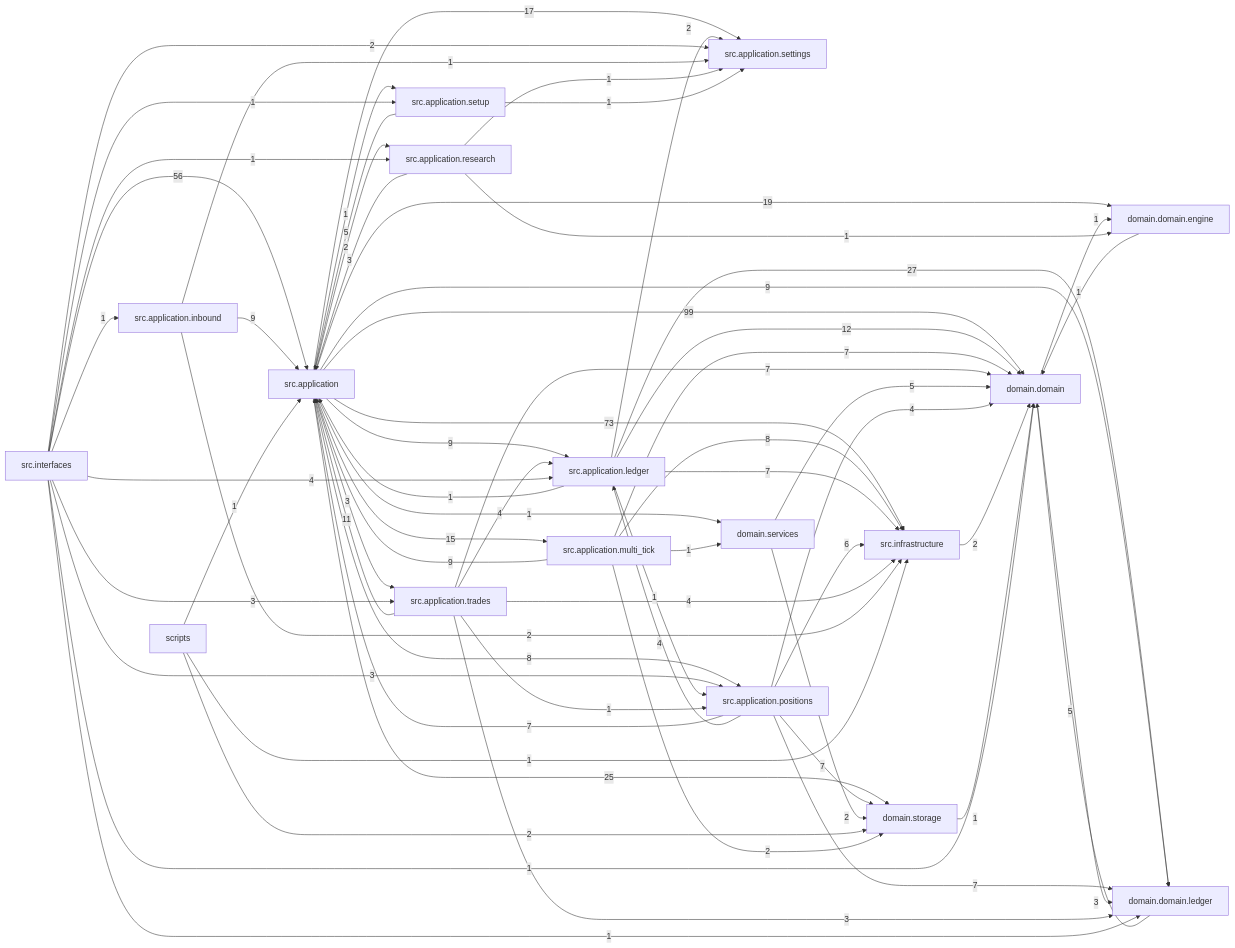
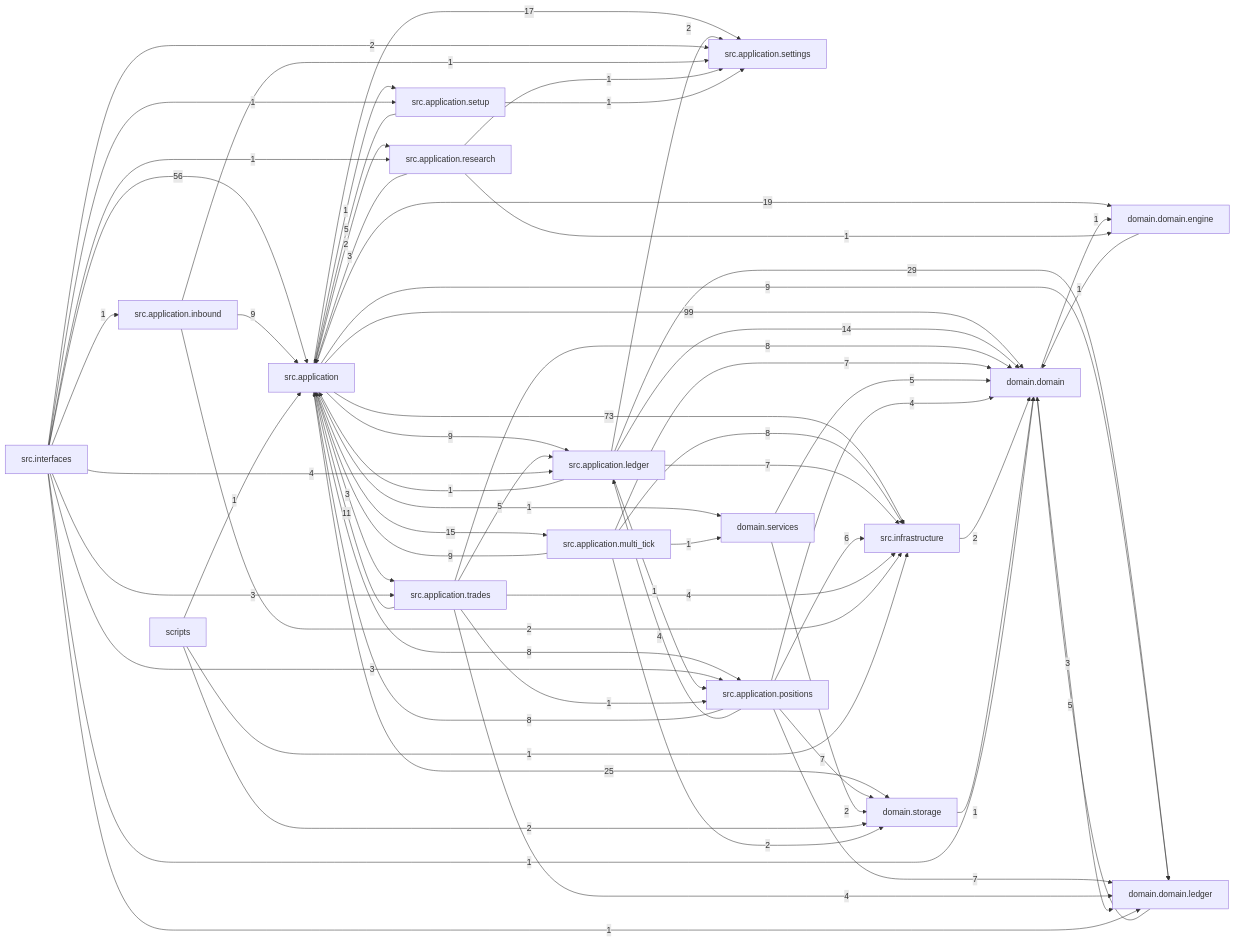
Before and after one commit to liuxie066/options-monitor: the diagram in docs/dependency_graph.mmd, drawn with Mermaid. The commit also changed 24 other files, not shown here.

```diff
--- a/docs/dependency_graph.mmd
+++ b/docs/dependency_graph.mmd
@@ -1,66 +1,66 @@
 flowchart LR
   src_application["src.application"] -->|99| domain_domain["domain.domain"]
   src_application["src.application"] -->|73| src_infrastructure["src.infrastructure"]
   src_interfaces["src.interfaces"] -->|56| src_application["src.application"]
-  src_application_ledger["src.application.ledger"] -->|27| domain_domain_ledger["domain.domain.ledger"]
+  src_application_ledger["src.application.ledger"] -->|29| domain_domain_ledger["domain.domain.ledger"]
   src_application["src.application"] -->|25| domain_storage["domain.storage"]
   src_application["src.application"] -->|19| domain_domain_engine["domain.domain.engine"]
   src_application["src.application"] -->|17| src_application_settings["src.application.settings"]
   src_application["src.application"] -->|15| src_application_multi_tick["src.application.multi_tick"]
-  src_application_ledger["src.application.ledger"] -->|12| domain_domain["domain.domain"]
+  src_application_ledger["src.application.ledger"] -->|14| domain_domain["domain.domain"]
   src_application_trades["src.application.trades"] -->|11| src_application["src.application"]
   src_application["src.application"] -->|9| domain_domain_ledger["domain.domain.ledger"]
   src_application["src.application"] -->|9| src_application_ledger["src.application.ledger"]
   src_application_inbound["src.application.inbound"] -->|9| src_application["src.application"]
   src_application_multi_tick["src.application.multi_tick"] -->|9| src_application["src.application"]
   src_application["src.application"] -->|8| src_application_positions["src.application.positions"]
   src_application_multi_tick["src.application.multi_tick"] -->|8| src_infrastructure["src.infrastructure"]
+  src_application_positions["src.application.positions"] -->|8| src_application["src.application"]
+  src_application_trades["src.application.trades"] -->|8| domain_domain["domain.domain"]
   src_application_ledger["src.application.ledger"] -->|7| src_infrastructure["src.infrastructure"]
   src_application_multi_tick["src.application.multi_tick"] -->|7| domain_domain["domain.domain"]
   src_application_positions["src.application.positions"] -->|7| domain_domain_ledger["domain.domain.ledger"]
   src_application_positions["src.application.positions"] -->|7| domain_storage["domain.storage"]
-  src_application_positions["src.application.positions"] -->|7| src_application["src.application"]
-  src_application_trades["src.application.trades"] -->|7| domain_domain["domain.domain"]
   src_application_positions["src.application.positions"] -->|6| src_infrastructure["src.infrastructure"]
   domain_domain_ledger["domain.domain.ledger"] -->|5| domain_domain["domain.domain"]
   domain_services["domain.services"] -->|5| domain_domain["domain.domain"]
   src_application_setup["src.application.setup"] -->|5| src_application["src.application"]
+  src_application_trades["src.application.trades"] -->|5| src_application_ledger["src.application.ledger"]
   src_application_positions["src.application.positions"] -->|4| domain_domain["domain.domain"]
   src_application_positions["src.application.positions"] -->|4| src_application_ledger["src.application.ledger"]
-  src_application_trades["src.application.trades"] -->|4| src_application_ledger["src.application.ledger"]
+  src_application_trades["src.application.trades"] -->|4| domain_domain_ledger["domain.domain.ledger"]
   src_application_trades["src.application.trades"] -->|4| src_infrastructure["src.infrastructure"]
   src_interfaces["src.interfaces"] -->|4| src_application_ledger["src.application.ledger"]
   domain_domain["domain.domain"] -->|3| domain_domain_ledger["domain.domain.ledger"]
   src_application["src.application"] -->|3| src_application_trades["src.application.trades"]
   src_application_research["src.application.research"] -->|3| src_application["src.application"]
-  src_application_trades["src.application.trades"] -->|3| domain_domain_ledger["domain.domain.ledger"]
   src_interfaces["src.interfaces"] -->|3| src_application_positions["src.application.positions"]
   src_interfaces["src.interfaces"] -->|3| src_application_trades["src.application.trades"]
   domain_services["domain.services"] -->|2| domain_storage["domain.storage"]
   scripts["scripts"] -->|2| domain_storage["domain.storage"]
   src_application["src.application"] -->|2| src_application_research["src.application.research"]
   src_application_inbound["src.application.inbound"] -->|2| src_infrastructure["src.infrastructure"]
   src_application_ledger["src.application.ledger"] -->|2| src_application_settings["src.application.settings"]
   src_application_multi_tick["src.application.multi_tick"] -->|2| domain_storage["domain.storage"]
   src_infrastructure["src.infrastructure"] -->|2| domain_domain["domain.domain"]
   src_interfaces["src.interfaces"] -->|2| src_application_settings["src.application.settings"]
   domain_domain["domain.domain"] -->|1| domain_domain_engine["domain.domain.engine"]
   domain_domain_engine["domain.domain.engine"] -->|1| domain_domain["domain.domain"]
   domain_storage["domain.storage"] -->|1| domain_domain["domain.domain"]
   scripts["scripts"] -->|1| src_application["src.application"]
   scripts["scripts"] -->|1| src_infrastructure["src.infrastructure"]
   src_application["src.application"] -->|1| domain_services["domain.services"]
   src_application["src.application"] -->|1| src_application_setup["src.application.setup"]
   src_application_inbound["src.application.inbound"] -->|1| src_application_settings["src.application.settings"]
   src_application_ledger["src.application.ledger"] -->|1| src_application["src.application"]
   src_application_ledger["src.application.ledger"] -->|1| src_application_positions["src.application.positions"]
   src_application_multi_tick["src.application.multi_tick"] -->|1| domain_services["domain.services"]
   src_application_research["src.application.research"] -->|1| domain_domain_engine["domain.domain.engine"]
   src_application_research["src.application.research"] -->|1| src_application_settings["src.application.settings"]
   src_application_setup["src.application.setup"] -->|1| src_application_settings["src.application.settings"]
   src_application_trades["src.application.trades"] -->|1| src_application_positions["src.application.positions"]
   src_interfaces["src.interfaces"] -->|1| domain_domain["domain.domain"]
   src_interfaces["src.interfaces"] -->|1| domain_domain_ledger["domain.domain.ledger"]
   src_interfaces["src.interfaces"] -->|1| src_application_inbound["src.application.inbound"]
   src_interfaces["src.interfaces"] -->|1| src_application_research["src.application.research"]
   src_interfaces["src.interfaces"] -->|1| src_application_setup["src.application.setup"]
```
